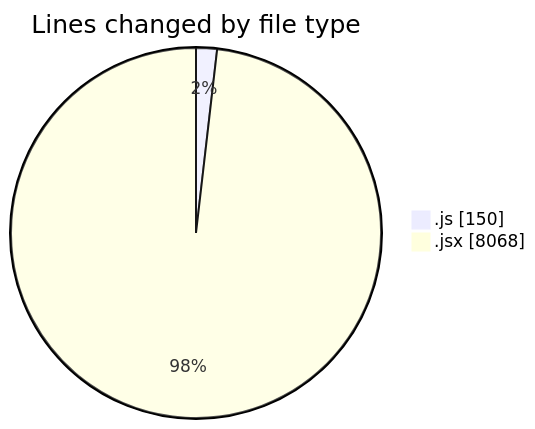
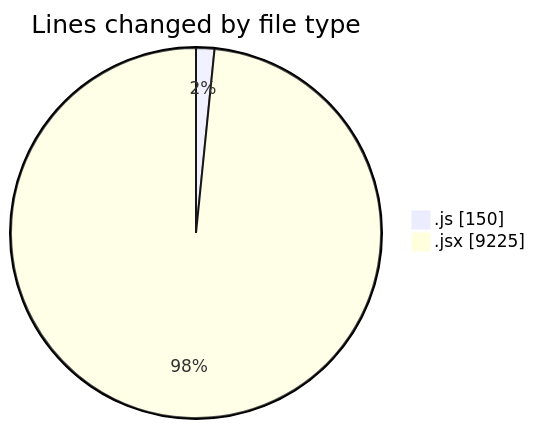
One commit to nxtqubesakshisongat/code-tracking changed the first of 2 diagrams in 2025-07-28/nxtqube_webapp/README.md. Above: the diagram before and after it, drawn with Mermaid. The commit also changed other lines of this file and 1 other file, not shown here.

````diff
--- a/2025-07-28/nxtqube_webapp/README.md
+++ b/2025-07-28/nxtqube_webapp/README.md
@@ -40,6 +42,6 @@
 ```mermaid
 pie showData
 title Lines changed by file type
 ".js" : 150
-".jsx" : 8068
+".jsx" : 9225
 ```
````
